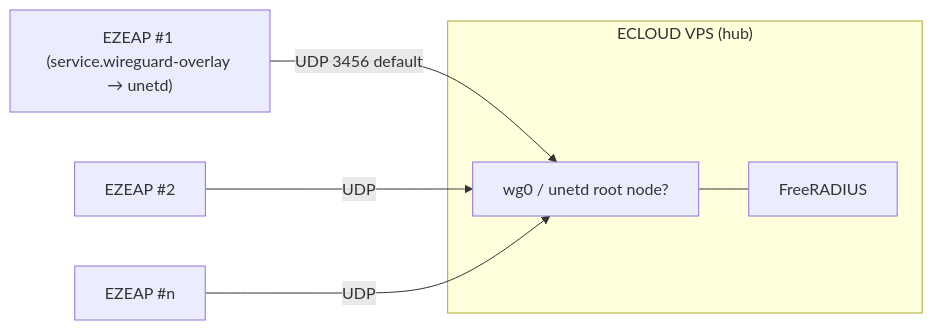
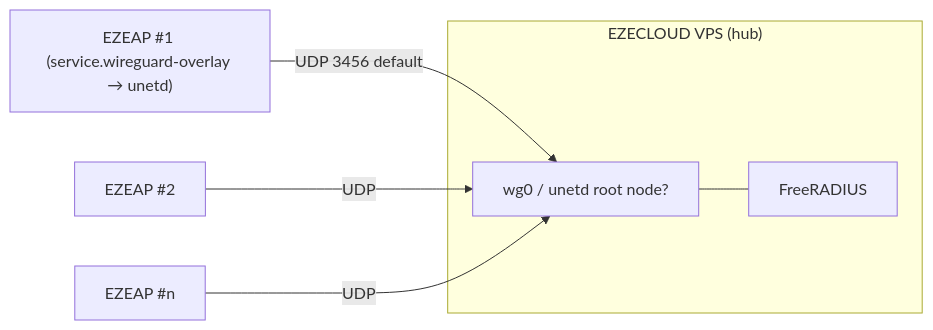
The second of 5 diagrams in WIREGUARD_ARCHITECTURE.md (dannymagat/ecloud), drawn with Mermaid before and after one commit. The commit also changed other lines of this file and 211 other files, not shown here.

First line of the commit message:
Rename product name ECLOUD to EZECLOUD in text, UI and docs

````diff
--- a/WIREGUARD_ARCHITECTURE.md
+++ b/WIREGUARD_ARCHITECTURE.md
@@ -138,11 +138,11 @@
 ```mermaid
 flowchart LR
-  subgraph VPS["ECLOUD VPS (hub)"]
+  subgraph VPS["EZECLOUD VPS (hub)"]
     WG0["wg0 / unetd root node?"]
     FR["FreeRADIUS"]
   end
   AP1["EZEAP #1 (service.wireguard-overlay → unetd)"] -- UDP 3456 default --> WG0
   AP2["EZEAP #2"] -- UDP --> WG0
   APn["EZEAP #n"] -- UDP --> WG0
   WG0 --- FR
 ```
````
